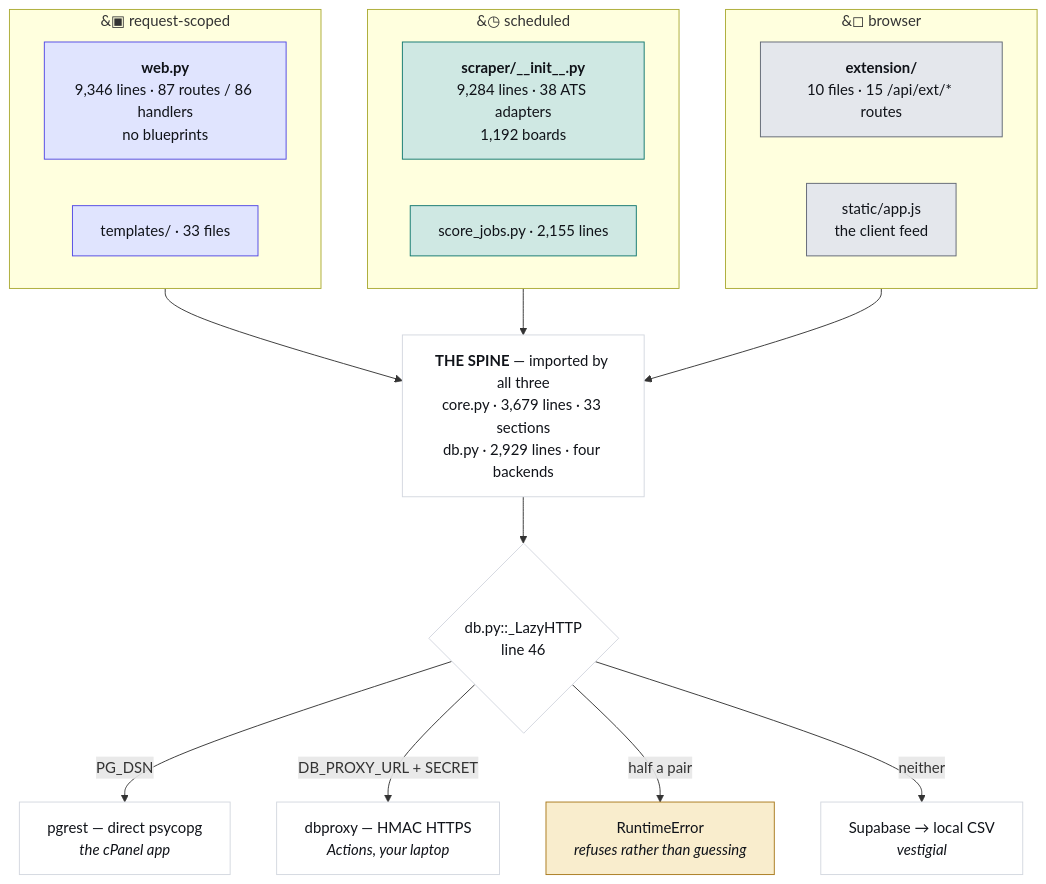
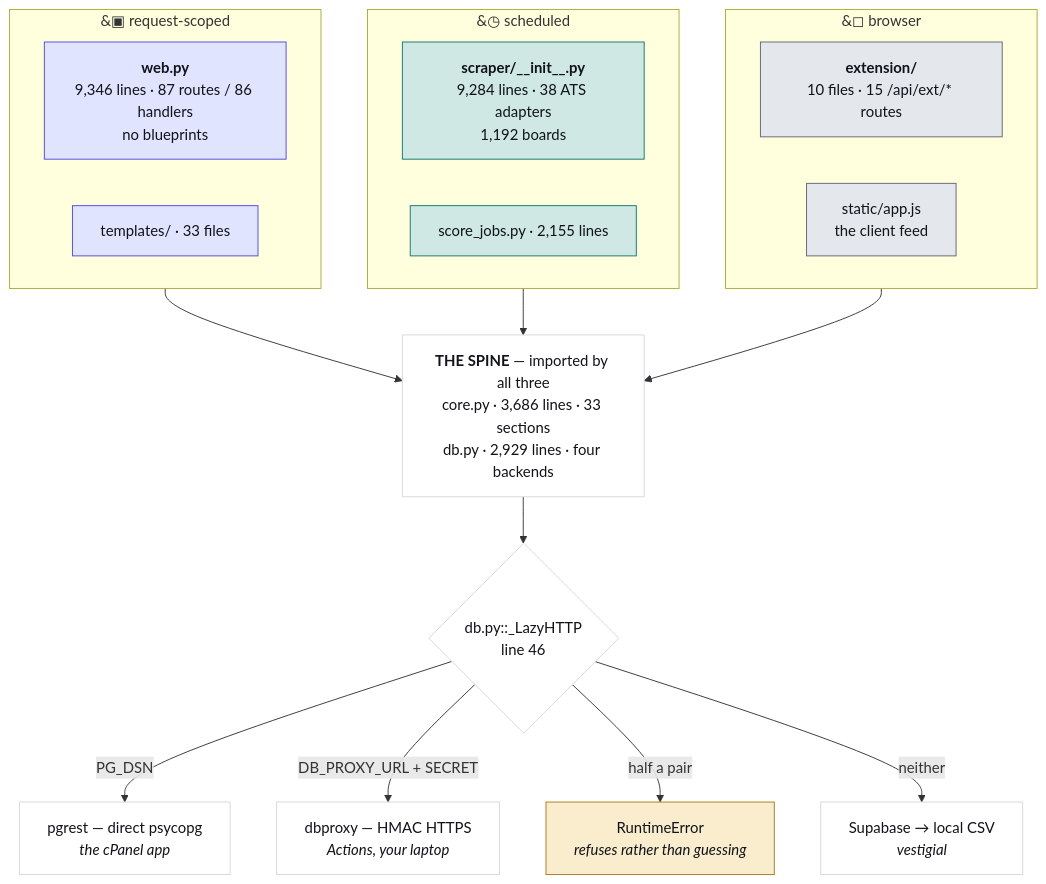
Before and after one commit to hadakunal909-debug/job-search-tool: the first of 4 diagrams in JobMatch Scraper/docs/ARCHITECTURE.md, drawn with Mermaid. The commit also changed other lines of this file and 7 other files, not shown here.

````diff
--- a/JobMatch Scraper/docs/ARCHITECTURE.md
+++ b/JobMatch Scraper/docs/ARCHITECTURE.md
@@ -45,34 +45,34 @@
 ```mermaid
 flowchart TB
   subgraph REQ["&#9635; request-scoped"]
     W["<b>web.py</b><br/>9,346 lines · 87 routes / 86 handlers<br/>no blueprints"]
     T["templates/ · 33 files"]
   end
   subgraph SCH["&#9719; scheduled"]
     S["<b>scraper/__init__.py</b><br/>9,284 lines · 38 ATS adapters<br/>1,192 boards"]
     J["score_jobs.py · 2,155 lines"]
   end
   subgraph CLI["&#9723; browser"]
     E["<b>extension/</b><br/>10 files · 15 /api/ext/* routes"]
     A["static/app.js<br/>the client feed"]
   end
-  SPINE["<b>THE SPINE</b> — imported by all three<br/>core.py · 3,679 lines · 33 sections<br/>db.py · 2,929 lines · four backends"]
+  SPINE["<b>THE SPINE</b> — imported by all three<br/>core.py · 3,686 lines · 33 sections<br/>db.py · 2,929 lines · four backends"]
   REQ --> SPINE
   SCH --> SPINE
   CLI --> SPINE
   SPINE --> D{"db.py::_LazyHTTP<br/>line 46"}
   D -->|"PG_DSN"| P["pgrest — direct psycopg<br/><i>the cPanel app</i>"]
   D -->|"DB_PROXY_URL + SECRET"| X["dbproxy — HMAC HTTPS<br/><i>Actions, your laptop</i>"]
   D -->|"half a pair"| R["RuntimeError<br/><i>refuses rather than guessing</i>"]
   D -->|"neither"| V["Supabase → local CSV<br/><i>vestigial</i>"]
   classDef web fill:#e0e4fe,stroke:#4f46e5,color:#101319
   classDef sched fill:#cfe8e3,stroke:#0f766e,color:#101319
   classDef client fill:#e4e7ec,stroke:#5f6573,color:#101319
   classDef trap fill:#f9edcd,stroke:#a8781a,color:#101319
   classDef plain fill:#ffffff,stroke:#d3d7df,color:#101319
   class W,T web
   class S,J sched
   class E,A client
   class R trap
   class SPINE,D,P,X,V plain
 ```
````
